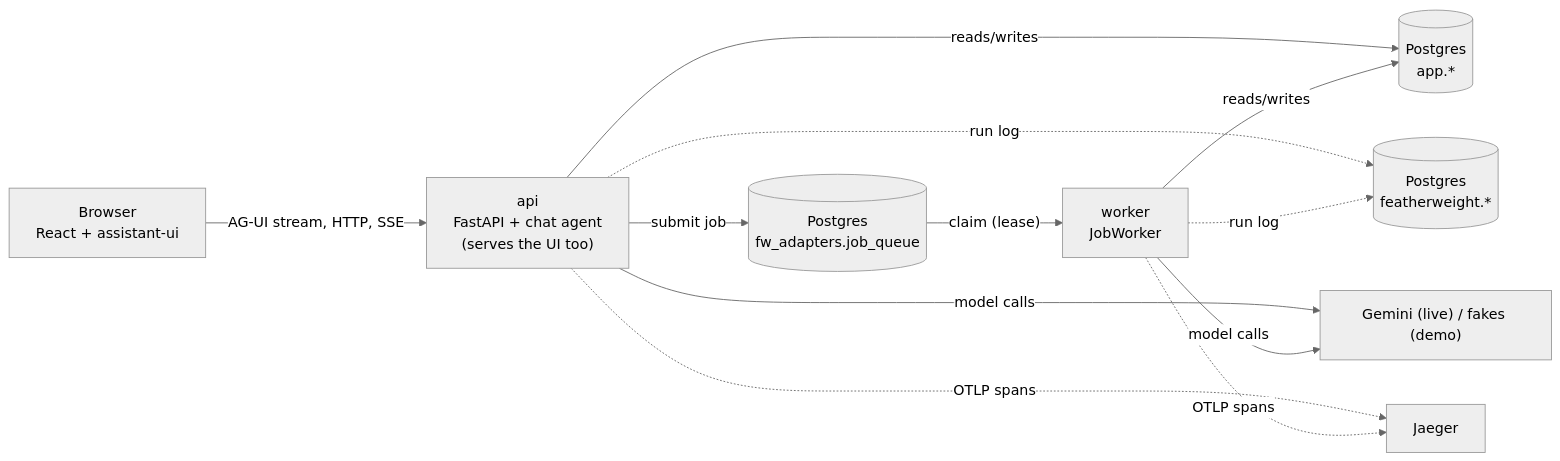
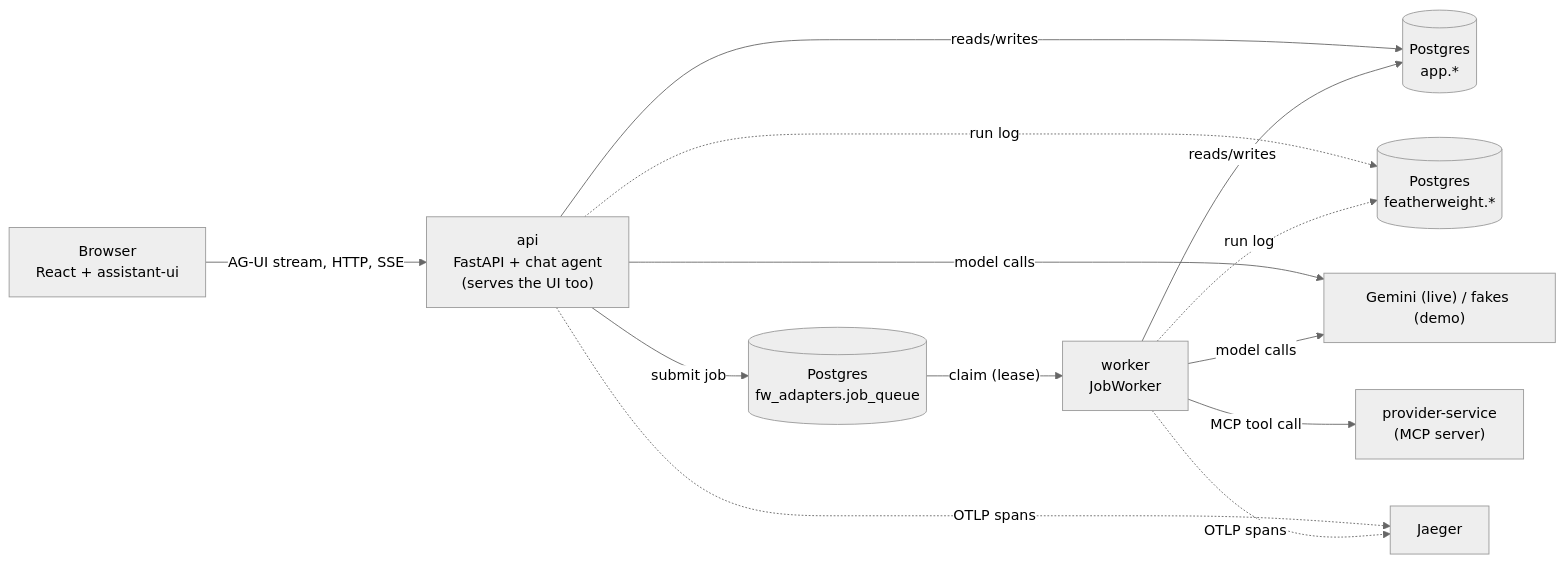
One commit to aadhithya/fw-concierge changed the diagram in docs/architecture.md. Above: the diagram before and after it, drawn with Mermaid (neutral theme). The commit also changed other lines of this file and 3 other files, not shown here.

Commit message:
docs: describe the research agent, the MCP service, the job client and the demo controls

````diff
--- a/docs/architecture.md
+++ b/docs/architecture.md
@@ -5,14 +5,15 @@
 ```mermaid
 flowchart LR
     ui["Browser<br/>React + assistant-ui"] -- "AG-UI stream, HTTP, SSE" --> api["api<br/>FastAPI + chat agent<br/>(serves the UI too)"]
     api -- "submit job" --> q[("Postgres<br/>fw_adapters.job_queue")]
     q -- "claim (lease)" --> w["worker<br/>JobWorker"]
     api -- "reads/writes" --> app[("Postgres<br/>app.*")]
     w -- "reads/writes" --> app
     api -. "run log" .-> fw[("Postgres<br/>featherweight.*")]
     w -. "run log" .-> fw
     api -- "model calls" --> llm["Gemini (live) / fakes (demo)"]
     w -- "model calls" --> llm
+    w -- "MCP tool call" --> mcp["provider-service<br/>(MCP server)"]
     api -. "OTLP spans" .-> j["Jaeger"]
     w -. "OTLP spans" .-> j
 ```
````
